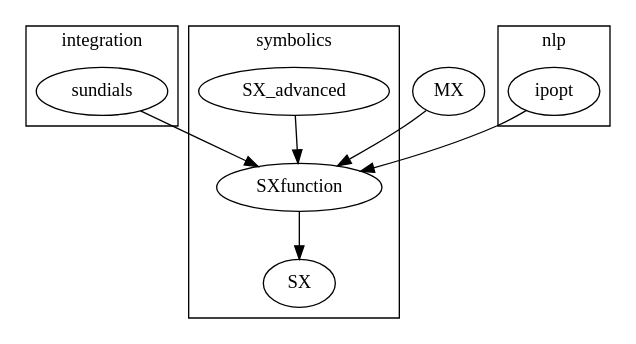
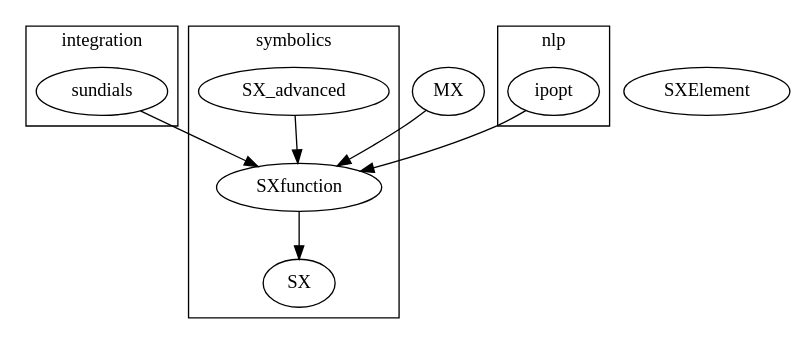
Before and after one commit to casadi/casadi: the diagram in documentation/tutorials/python/overview/graph.dot, drawn with Graphviz. The commit also changed 136 other files, not shown here.

```diff
--- a/documentation/tutorials/python/overview/graph.dot
+++ b/documentation/tutorials/python/overview/graph.dot
@@ -1,19 +1,19 @@
   digraph overview {
     URL="mybasurl/"
     sundials [URL="integration/sundials.pdf"];
-    SX [URL="symbolics/sx.pdf"];
+    SXElement [URL="symbolics/sx.pdf"];
     SX_advanced [URL="symbolics/sx_advanced.pdf"];
     SXfunction [URL="symbolics/sxfunction.pdf"]
     MX [URL="symbolics/mx.pdf"];
     ipopt [URL="nlp/ipopt.pdf"];  
     subgraph cluster_integration { label="integration";URL="integration";sundials; }
     subgraph cluster_symbolics { label="symbolics";URL="symbolics";SX;SX_advanced; SXfunction; }
     subgraph cluster_nlp { label="nlp";URL="nlp";ipopt; }
   
   SXfunction -> SX;
   SX_advanced -> SXfunction;
   MX -> SXfunction;
 	sundials -> SXfunction;
   ipopt -> SXfunction;
 
 }
```
